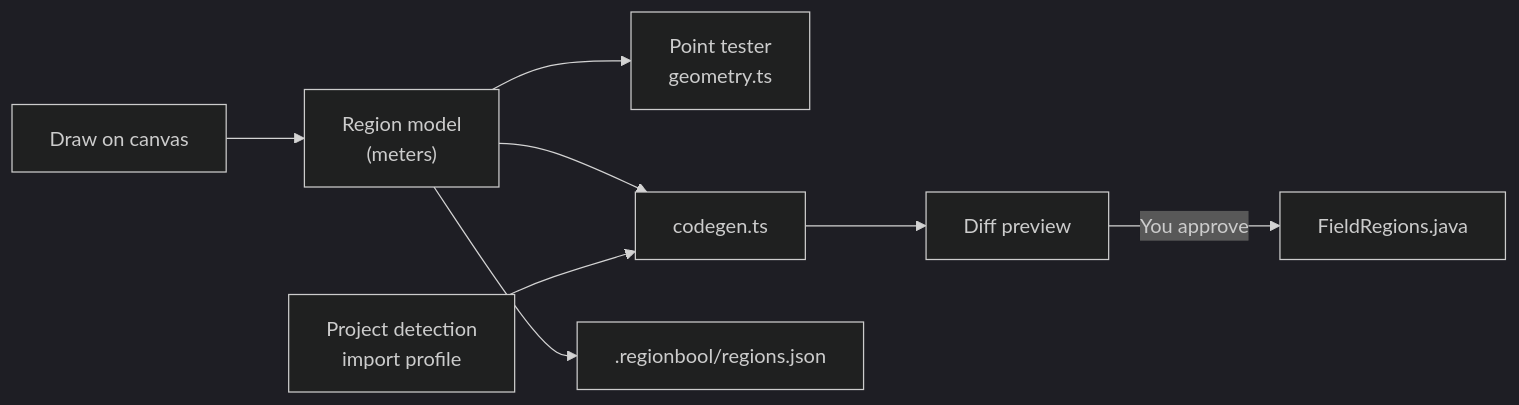
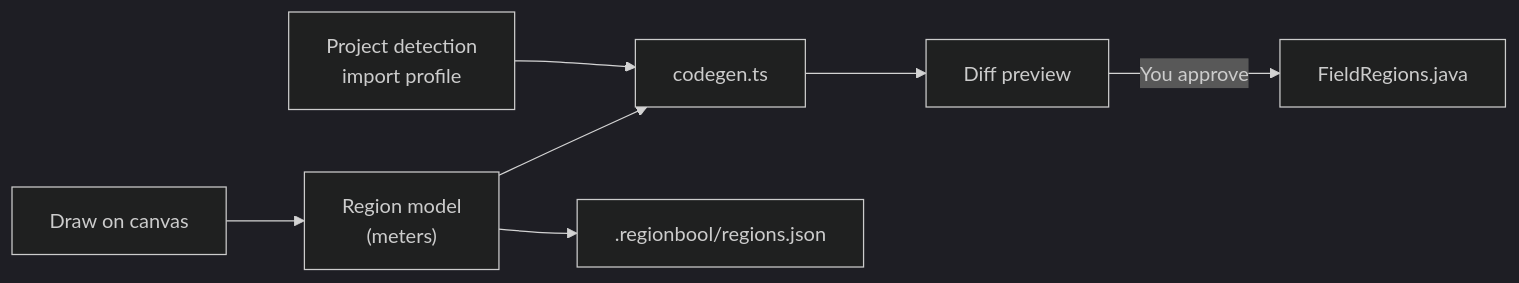
One commit to Arthur225/regionbool changed the second of 2 diagrams in docs/architecture.md. Above: the diagram before and after it, drawn with Mermaid (dark theme). The commit also changed 17 other files, not shown here.

First line of the commit message:
Remove the point tester

````diff
--- a/docs/architecture.md
+++ b/docs/architecture.md
@@ -86,10 +86,9 @@
 ```mermaid
 flowchart LR
   D["Draw on canvas"] --> M["Region model<br/>(meters)"]
-  M --> P["Point tester<br/>geometry.ts"]
   M --> G["codegen.ts"]
   W["Project detection<br/>import profile"] --> G
   G --> V["Diff preview"]
   V -->|"You approve"| F["FieldRegions.java"]
   M --> J[".regionbool/regions.json"]
 ```
````
